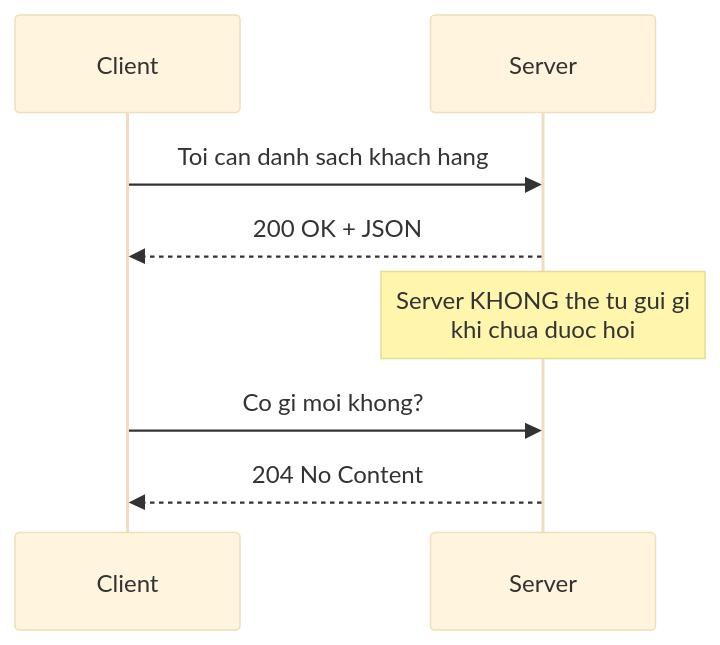
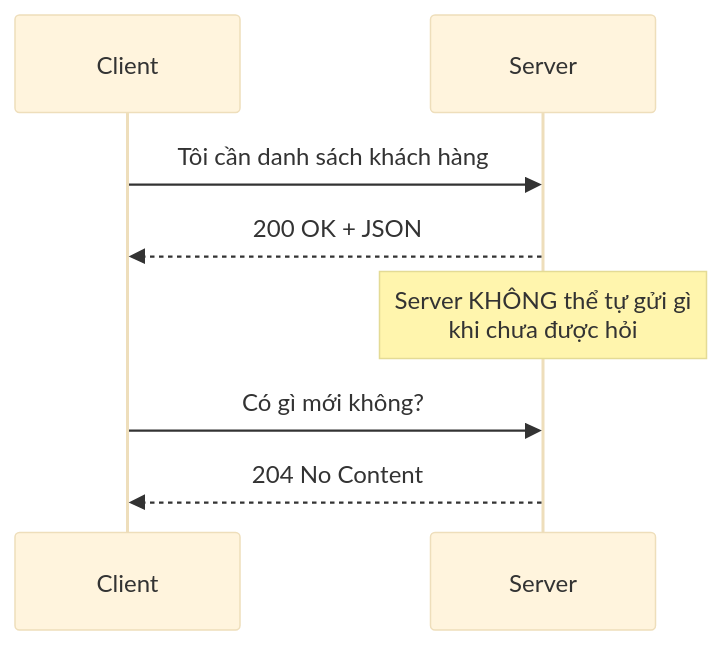
The first of 2 diagrams in docs/09-dotnet-backend-zero-to-senior/stage-01-foundation/module-02-computer-science-basics/2.3-client.mdx (TienNHM/tiennhm.github.io), drawn with Mermaid (base theme) before and after one commit. The commit also changed 10 other files, not shown here.

````diff
--- a/docs/09-dotnet-backend-zero-to-senior/stage-01-foundation/module-02-computer-science-basics/2.3-client.mdx
+++ b/docs/09-dotnet-backend-zero-to-senior/stage-01-foundation/module-02-computer-science-basics/2.3-client.mdx
@@ -28,10 +28,10 @@
 ```mermaid
 sequenceDiagram
     participant C as Client
     participant S as Server
-    C->>S: Toi can danh sach khach hang
+    C->>S: Tôi cần danh sách khách hàng
     S-->>C: 200 OK + JSON
-    Note over S: Server KHONG the tu gui gi<br/>khi chua duoc hoi
-    C->>S: Co gi moi khong?
+    Note over S: Server KHÔNG thể tự gửi gì<br/>khi chưa được hỏi
+    C->>S: Có gì mới không?
     S-->>C: 204 No Content
 ```
````
